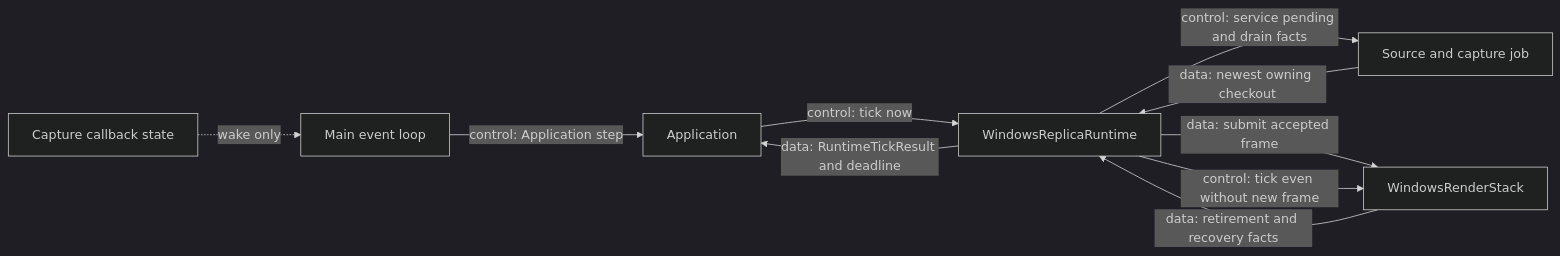
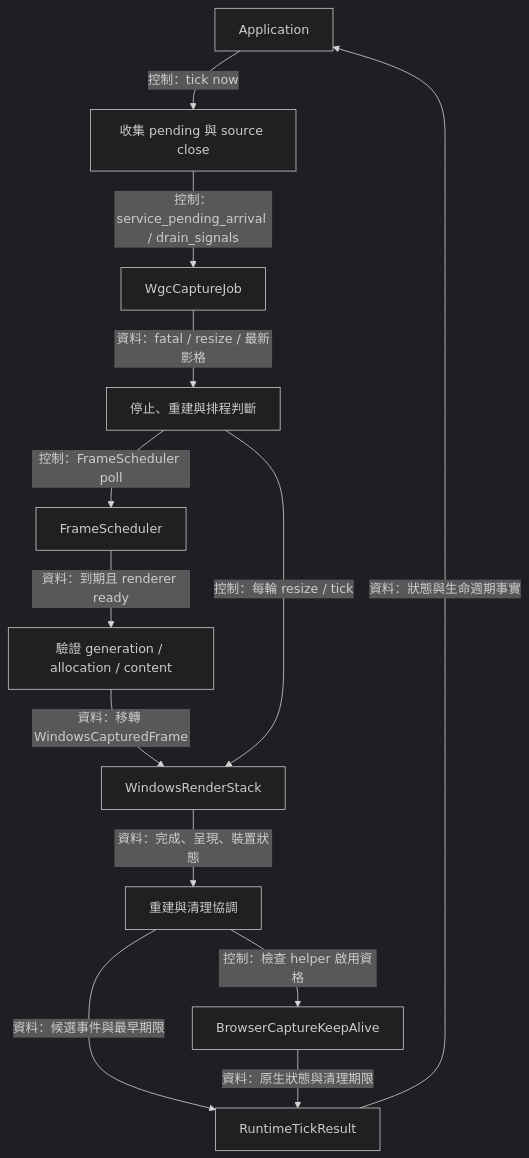
Before and after one commit to Mes0903/avb0795: the third of 17 diagrams in docs/architecture/windows-runtime-overlay.md, drawn with Mermaid (dark theme). The commit also changed other lines of this file and 156 other files, not shown here.

````diff
--- a/docs/architecture/windows-runtime-overlay.md
+++ b/docs/architecture/windows-runtime-overlay.md
@@ -103,12 +81,15 @@
 ```mermaid
-flowchart LR
-    Wake[Capture callback state] -.->|wake only| Loop[Main event loop]
-    Loop -->|control: Application step| App[Application]
-    App -->|control: tick now| Runtime[WindowsReplicaRuntime]
-    Runtime -->|control: service pending and drain facts| Capture[Source and capture job]
-    Capture -->|data: newest owning checkout| Runtime
-    Runtime -->|data: submit accepted frame| Render[WindowsRenderStack]
-    Runtime -->|control: tick even without new frame| Render
-    Render -->|data: retirement and recovery facts| Runtime
-    Runtime -->|data: RuntimeTickResult and deadline| App
+flowchart TD
+    App[Application] -->|控制：tick now| Facts[收集 pending 與 source close]
+    Facts -->|控制：service_pending_arrival / drain_signals| Capture[WgcCaptureJob]
+    Capture -->|資料：fatal / resize / 最新影格| Decision[停止、重建與排程判斷]
+    Decision -->|控制：FrameScheduler poll| Scheduler[FrameScheduler]
+    Scheduler -->|資料：到期且 renderer ready| Submit[驗證 generation / allocation / content]
+    Submit -->|資料：移轉 WindowsCapturedFrame| Render[WindowsRenderStack]
+    Decision -->|控制：每輪 resize / tick| Render
+    Render -->|資料：完成、呈現、裝置狀態| Progress[重建與清理協調]
+    Progress -->|控制：檢查 helper 啟用資格| Helper[BrowserCaptureKeepAlive]
+    Progress -->|資料：候選事件與最早期限| Batch[RuntimeTickResult]
+    Helper -->|資料：原生狀態與清理期限| Batch
+    Batch -->|資料：狀態與生命週期事實| App
 ```
````
